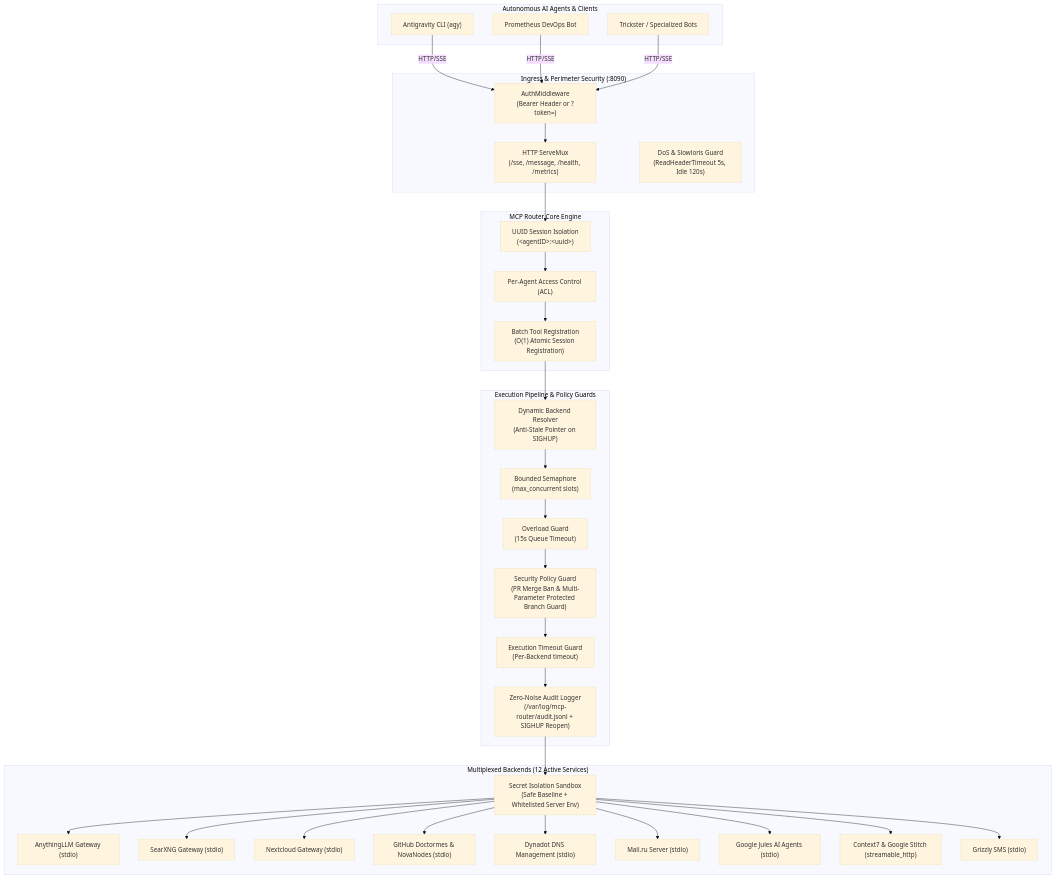
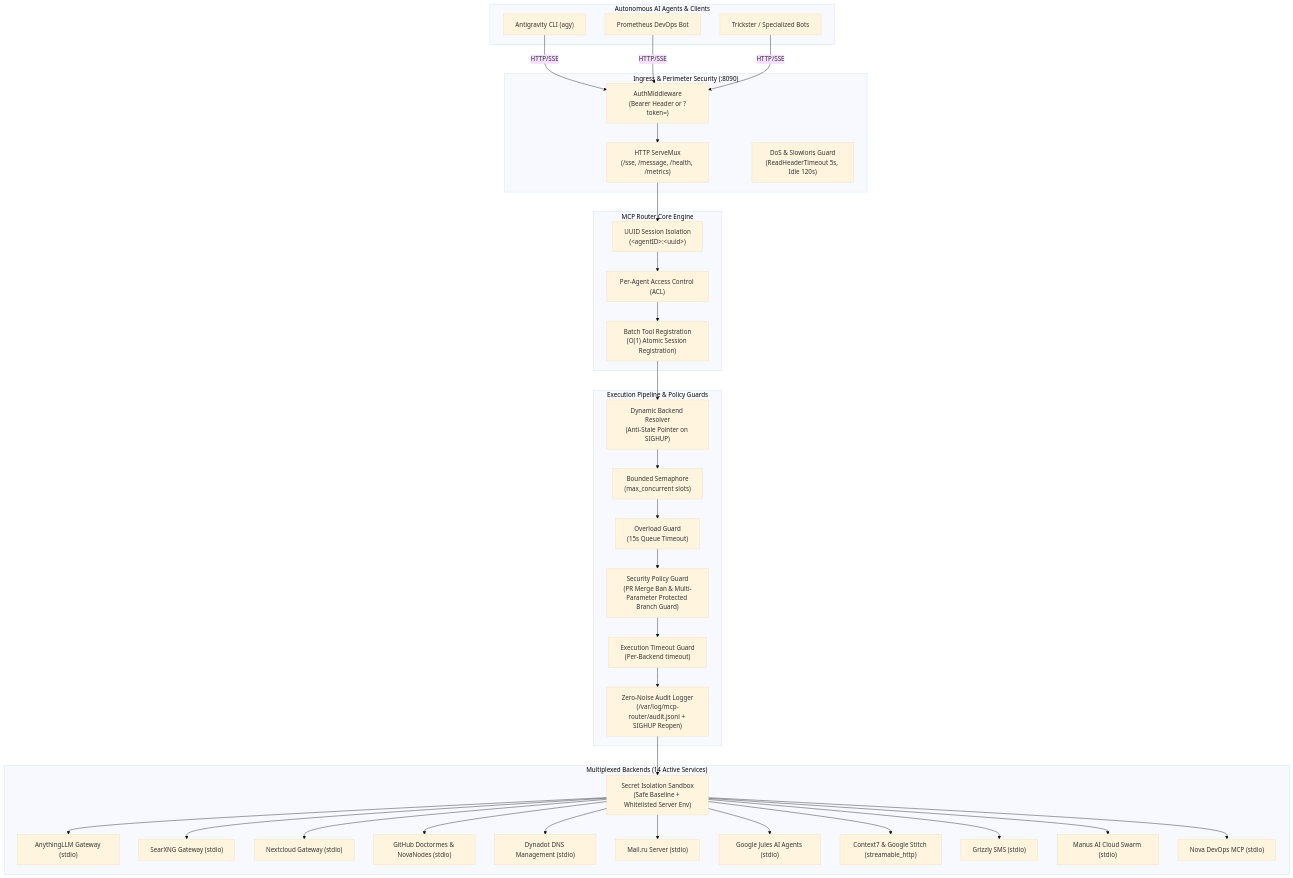
Before and after one commit to TheNovaNodes/mcp-router: the diagram in README.md, drawn with Mermaid (base theme). The commit also changed 3 other files, not shown here.

Commit message:
feat(config): register Cluster 7 nova-devops-mcp for prometheus_brobot

````diff
--- a/README.md
+++ b/README.md
@@ -19,56 +19,58 @@
 ```mermaid
 graph TD
     subgraph Clients["Autonomous AI Agents & Clients"]
         A1["Antigravity CLI (agy)"]
         A2["Prometheus DevOps Bot"]
         A3["Trickster / Specialized Bots"]
     end
 
     subgraph Ingress["Ingress & Perimeter Security (:8090)"]
         AUTH["AuthMiddleware<br/>(Bearer Header or ?token=)"]
         ROUTE["HTTP ServeMux<br/>(/sse, /message, /health, /metrics)"]
         RATE["DoS & Slowloris Guard<br/>(ReadHeaderTimeout 5s, Idle 120s)"]
     end
 
     subgraph CoreRouter["MCP Router Core Engine"]
         UUID["UUID Session Isolation<br/>(&lt;agentID&gt;:&lt;uuid&gt;)"]
         ACL["Per-Agent Access Control (ACL)"]
         BATCH_REG["Batch Tool Registration<br/>(O(1) Atomic Session Registration)"]
     end
 
     subgraph Pipeline["Execution Pipeline & Policy Guards"]
         DYN_LOOKUP["Dynamic Backend Resolver<br/>(Anti-Stale Pointer on SIGHUP)"]
         SEM["Bounded Semaphore<br/>(max_concurrent slots)"]
         OVERLOAD["Overload Guard<br/>(15s Queue Timeout)"]
         SEC_GUARD["Security Policy Guard<br/>(PR Merge Ban & Multi-Parameter Protected Branch Guard)"]
         TIMEOUT["Execution Timeout Guard<br/>(Per-Backend timeout)"]
         AUDIT["Zero-Noise Audit Logger<br/>(/var/log/mcp-router/audit.jsonl + SIGHUP Reopen)"]
     end
 
-    subgraph Backends["Multiplexed Backends (12 Active Services)"]
+    subgraph Backends["Multiplexed Backends (14 Active Services)"]
         ENV_GUARD["Secret Isolation Sandbox<br/>(Safe Baseline + Whitelisted Server Env)"]
         B1["AnythingLLM Gateway (stdio)"]
         B2["SearXNG Gateway (stdio)"]
         B3["Nextcloud Gateway (stdio)"]
         B4["GitHub Doctormes & NovaNodes (stdio)"]
         B5["Dynadot DNS Management (stdio)"]
         B6["Mail.ru Server (stdio)"]
         B7["Google Jules AI Agents (stdio)"]
         B8["Context7 & Google Stitch (streamable_http)"]
         B9["Grizzly SMS (stdio)"]
+        B10["Manus AI Cloud Swarm (stdio)"]
+        B11["Nova DevOps MCP (stdio)"]
     end
 
     A1 & A2 & A3 -->|HTTP/SSE| AUTH
     AUTH --> ROUTE
     ROUTE --> UUID
     UUID --> ACL
     ACL --> BATCH_REG
     BATCH_REG --> DYN_LOOKUP
     DYN_LOOKUP --> SEM
     SEM --> OVERLOAD
     OVERLOAD --> SEC_GUARD
     SEC_GUARD --> TIMEOUT
     TIMEOUT --> AUDIT
     AUDIT --> ENV_GUARD
-    ENV_GUARD --> B1 & B2 & B3 & B4 & B5 & B6 & B7 & B8 & B9
+    ENV_GUARD --> B1 & B2 & B3 & B4 & B5 & B6 & B7 & B8 & B9 & B10 & B11
 ```
````
